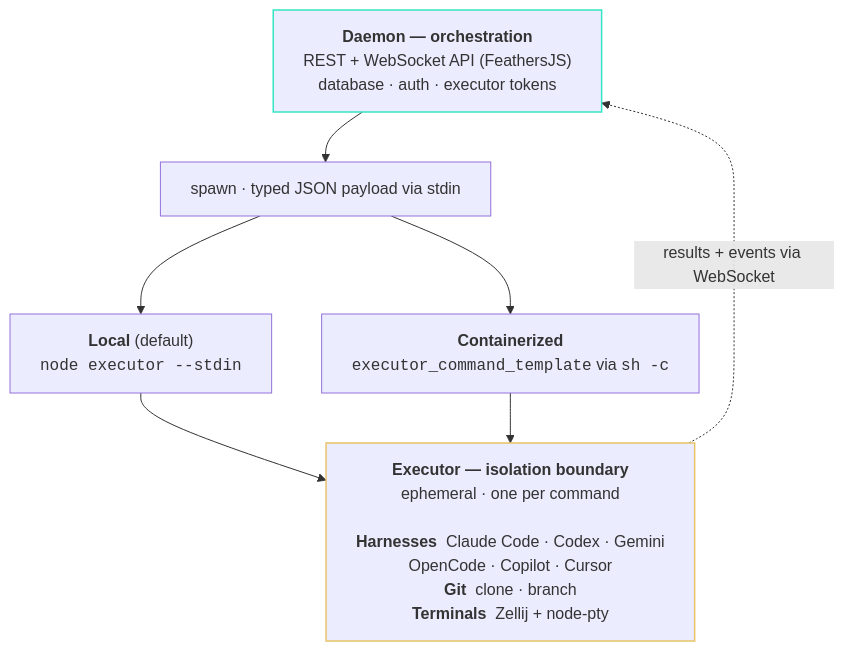
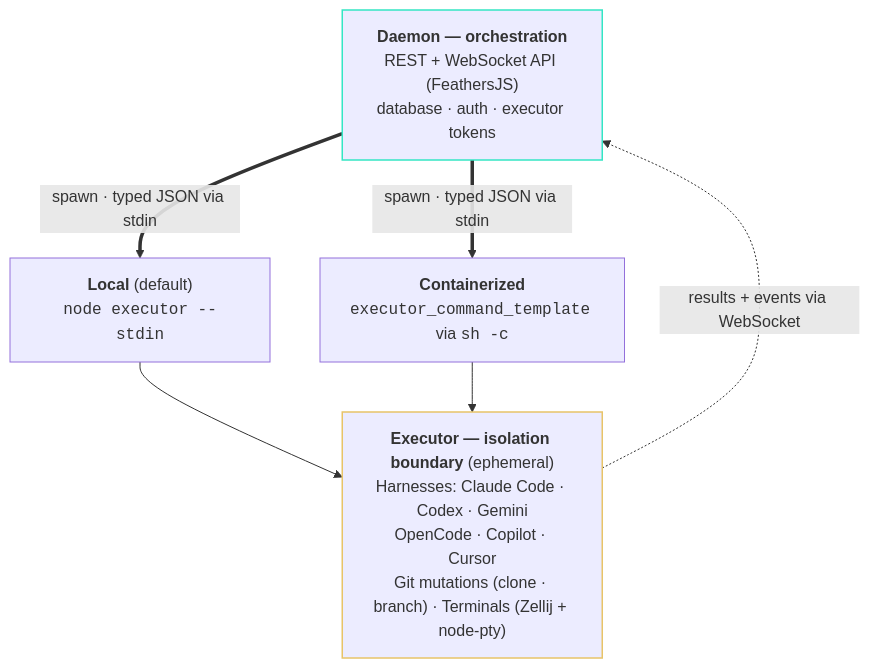
Before and after one commit to preset-io/agor: the diagram in apps/agor-docs/content/guide/containerized-execution.mdx, drawn with Mermaid.

Commit message:
docs(executor): revert diagram to the original mermaid layout
Roll back the routing/label iterations (step curves, single payload
node, relabeled executor) — the first version read closer to intent.
Keeps the fact corrections and the harness-list table row.

````diff
--- a/apps/agor-docs/content/guide/containerized-execution.mdx
+++ b/apps/agor-docs/content/guide/containerized-execution.mdx
@@ -21,21 +21,18 @@
 ```mermaid
-%%{init: {'flowchart': {'wrappingWidth': 340}}}%%
 graph TB
     Daemon["<b>Daemon — orchestration</b><br/>REST + WebSocket API (FeathersJS)<br/>database · auth · executor tokens"]
-    Spawn["spawn · typed JSON payload via stdin"]
     Local["<b>Local</b> (default)<br/><code>node executor --stdin</code>"]
     Remote["<b>Containerized</b><br/><code>executor_command_template</code> via <code>sh -c</code>"]
-    Executor["<b>Executor — isolation boundary</b><br/>ephemeral · one per command<br/>&nbsp;<br/><b>Harnesses</b>&nbsp; Claude Code · Codex · Gemini<br/>OpenCode · Copilot · Cursor<br/><b>Git</b>&nbsp; clone · branch<br/><b>Terminals</b>&nbsp; Zellij + node-pty"]
+    Executor["<b>Executor — isolation boundary</b> (ephemeral)<br/>Harnesses: Claude Code · Codex · Gemini<br/>OpenCode · Copilot · Cursor<br/>Git mutations (clone · branch) · Terminals (Zellij + node-pty)"]
 
-    Daemon --> Spawn
-    Spawn --> Local
-    Spawn --> Remote
+    Daemon ==>|"spawn · typed JSON via stdin"| Local
+    Daemon ==>|"spawn · typed JSON via stdin"| Remote
     Local --> Executor
     Remote --> Executor
     Executor -.->|"results + events via WebSocket"| Daemon
 
     classDef trusted stroke:#34e6c4,stroke-width:1.5px;
     classDef iso stroke:#e8c468,stroke-width:1.5px;
     class Daemon trusted;
     class Executor iso;
 ```
````
